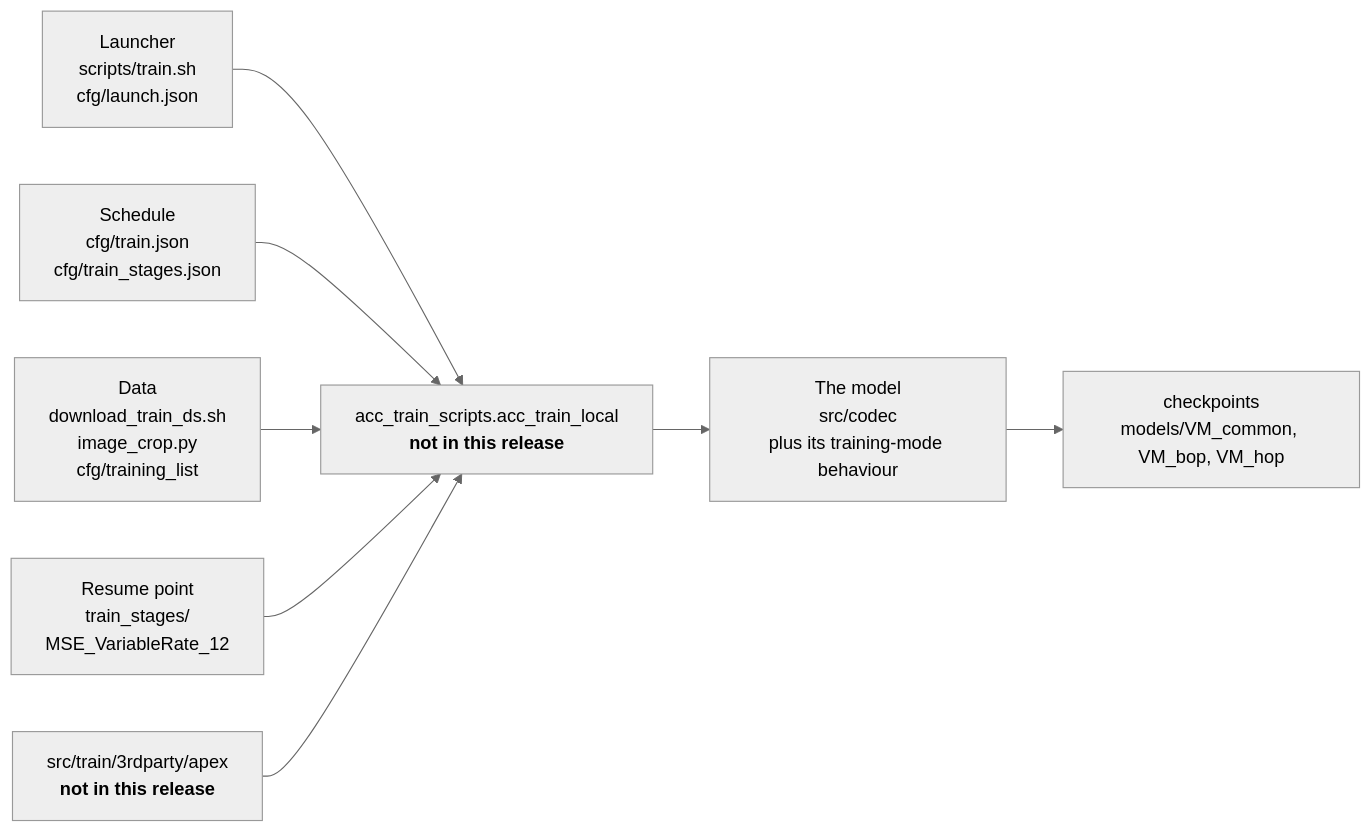
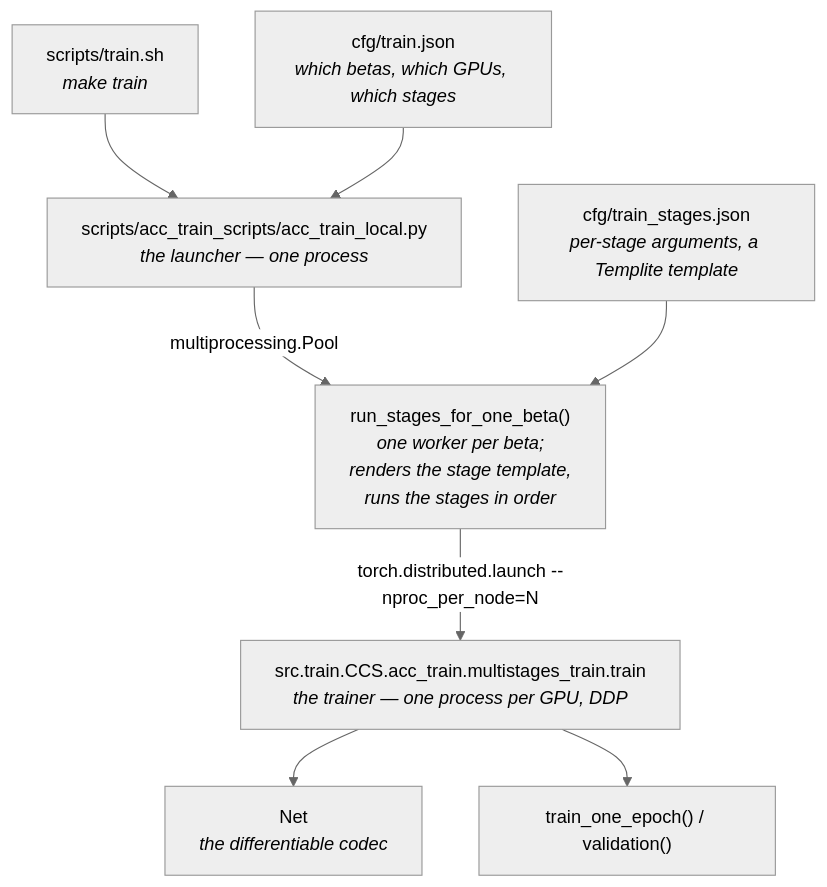
One commit to akarabutov/jpeg-ai-reference-software changed the first of 5 diagrams in docs/architecture/13-training.md. Above: the diagram before and after it, drawn with Mermaid (neutral theme). The commit also changed other lines of this file and 1 other file, not shown here.

First line of the commit message:
Rewrite the training chapter against the shipped training code

````diff
--- a/docs/architecture/13-training.md
+++ b/docs/architecture/13-training.md
@@ -11,20 +23,20 @@
 ```mermaid
-flowchart LR
-    LAUNCH["Launcher<br/>scripts/train.sh<br/>cfg/launch.json"]
-    CFG["Schedule<br/>cfg/train.json<br/>cfg/train_stages.json"]
-    DATA["Data<br/>download_train_ds.sh<br/>image_crop.py<br/>cfg/training_list"]
-    CKPT["Resume point<br/>train_stages/<br/>MSE_VariableRate_12"]
+flowchart TB
+    SH["scripts/train.sh<br/><i>make train</i>"]
+    LOCAL["scripts/acc_train_scripts/acc_train_local.py<br/><i>the launcher — one process</i>"]
+    EXPAND["run_stages_for_one_beta()<br/><i>one worker per beta;<br/>renders the stage template,<br/>runs the stages in order</i>"]
+    TRAIN["src.train.CCS.acc_train.multistages_train.train<br/><i>the trainer — one process per GPU, DDP</i>"]
+    NET["Net<br/><i>the differentiable codec</i>"]
+    LOOP["train_one_epoch() / validation()"]
 
-    DRIVER["acc_train_scripts.acc_train_local<br/><b>not in this release</b>"]
-    APEX["src/train/3rdparty/apex<br/><b>not in this release</b>"]
+    CFG1["cfg/train.json<br/><i>which betas, which GPUs, which stages</i>"]
+    STAGES["cfg/train_stages.json<br/><i>per-stage arguments, a Templite template</i>"]
 
-    MODEL["The model<br/>src/codec<br/>plus its training-mode behaviour"]
-
-    LAUNCH --> DRIVER
-    CFG --> DRIVER
-    DATA --> DRIVER
-    CKPT --> DRIVER
-    APEX --> DRIVER
-    DRIVER --> MODEL
-    MODEL --> OUT["checkpoints<br/>models/VM_common, VM_bop, VM_hop"]
+    SH --> LOCAL
+    CFG1 --> LOCAL
+    LOCAL -->|"multiprocessing.Pool"| EXPAND
+    STAGES --> EXPAND
+    EXPAND -->|"torch.distributed.launch --nproc_per_node=N"| TRAIN
+    TRAIN --> NET
+    TRAIN --> LOOP
 ```
````
